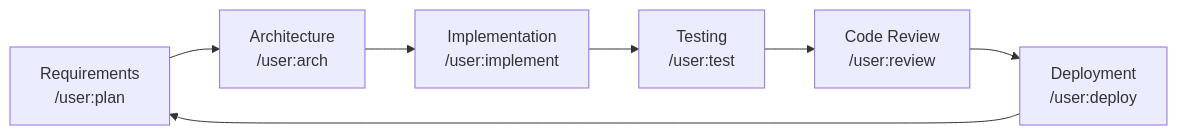
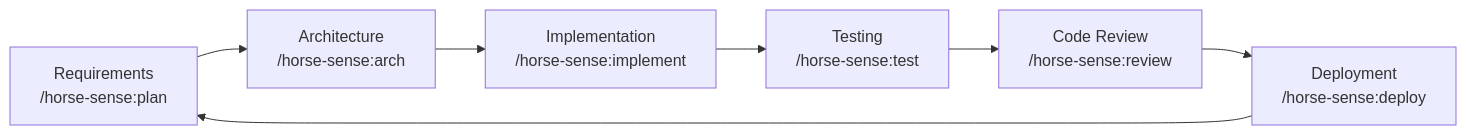
Before and after one commit to edlovesjava/horse-sense: the diagram in README.md, drawn with Mermaid. The commit also changed other lines of this file and 26 other files, not shown here.

````diff
--- a/README.md
+++ b/README.md
@@ -148,9 +147,9 @@
 ```mermaid
 flowchart LR
-    R[Requirements\n/user:plan] --> A[Architecture\n/user:arch]
-    A --> I[Implementation\n/user:implement]
-    I --> T[Testing\n/user:test]
-    T --> CR[Code Review\n/user:review]
-    CR --> D[Deployment\n/user:deploy]
+    R[Requirements\n/horse-sense:plan] --> A[Architecture\n/horse-sense:arch]
+    A --> I[Implementation\n/horse-sense:implement]
+    I --> T[Testing\n/horse-sense:test]
+    T --> CR[Code Review\n/horse-sense:review]
+    CR --> D[Deployment\n/horse-sense:deploy]
     D --> R
 ```
````
